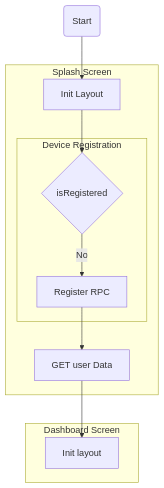
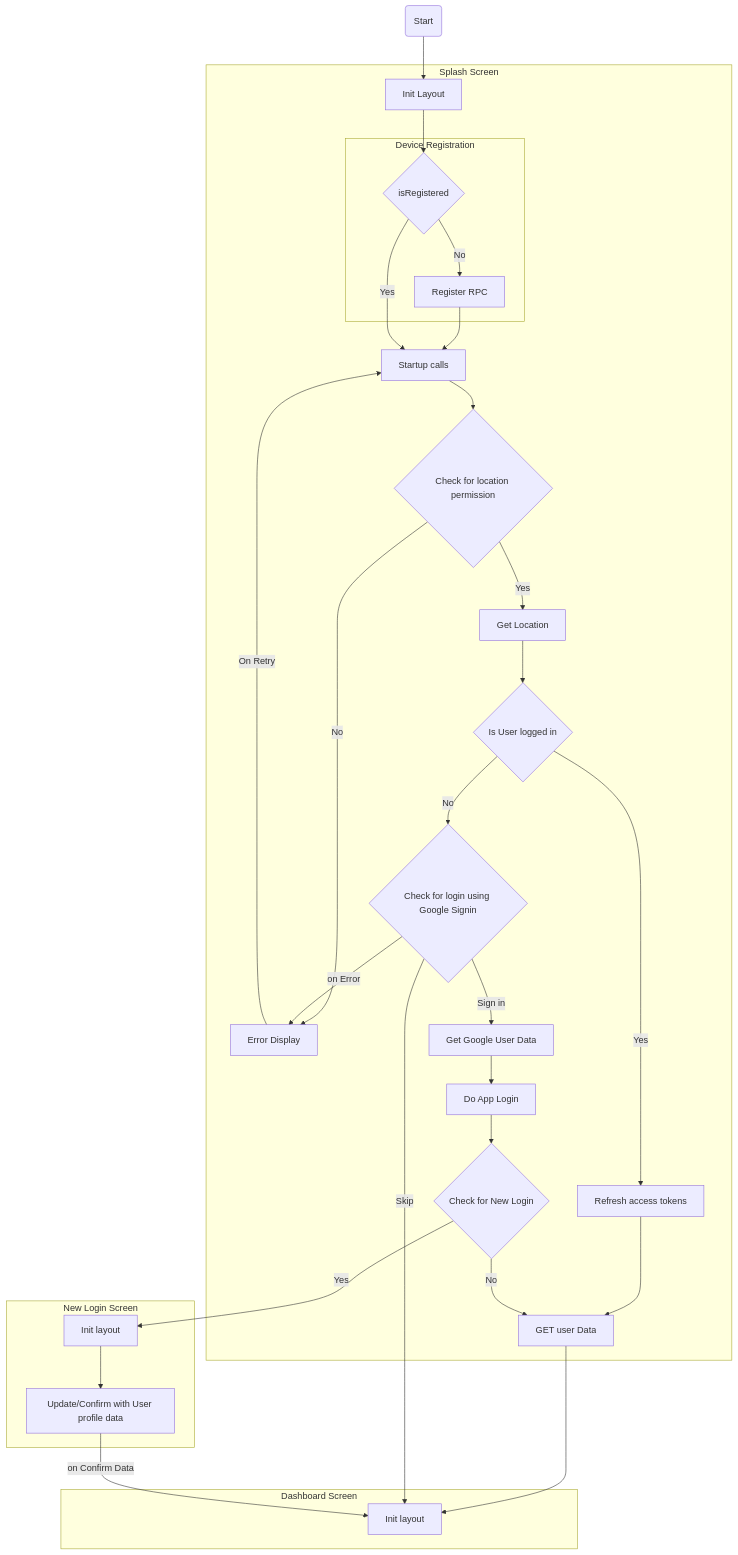
One commit to aburv/tsts changed the diagram in docs/interface-flow.md. Above: the diagram before and after it, drawn with Mermaid. The commit also changed 194 other files, not shown here.

Commit message:
[App, Integration] Login (#13)

````diff
--- a/docs/interface-flow.md
+++ b/docs/interface-flow.md
@@ -2,15 +2,35 @@
 ```mermaid
 flowchart TD
     A(Start) --> AA[Init Layout]
     subgraph Splash Screen
       AA --> AB{isRegistered}
       subgraph Device Registration
         AB --> |No| AC[Register RPC]
       end
-      AC --> AD[GET user Data]
+      AC --> AD[Startup calls]
+      AD --> AE{Check for location permission}
+      AB --> |Yes| AD
+      AE --> |Yes| AF[Get Location]
+      AE --> |No| AG[Error Display]
+      AF --> AH{Is User logged in}
+      AG --> |On Retry| AD
+      AH --> |Yes| AI[Refresh access tokens]
+      AH --> |No| AJ{Check for login using Google Signin}
+      AJ --> |on Error| AG
+      AI --> AK[GET user Data]
+      AJ --> |Sign in| AL[Get Google User Data]
+      AL --> AM[Do App Login]
+      AM --> AN{Check for New Login}
+      AN --> |No| AK
     end
-    AD --> BA
+    AN --> |Yes| AAA
+    AK --> BA
+    AJ --> |Skip| BA
+    AAB --> |on Confirm Data| BA
+    subgraph New Login Screen
+      AAA[Init layout] --> AAB[Update/Confirm with User profile data]
+    end
     subgraph Dashboard Screen
       BA[Init layout]
     end
 ```
````
